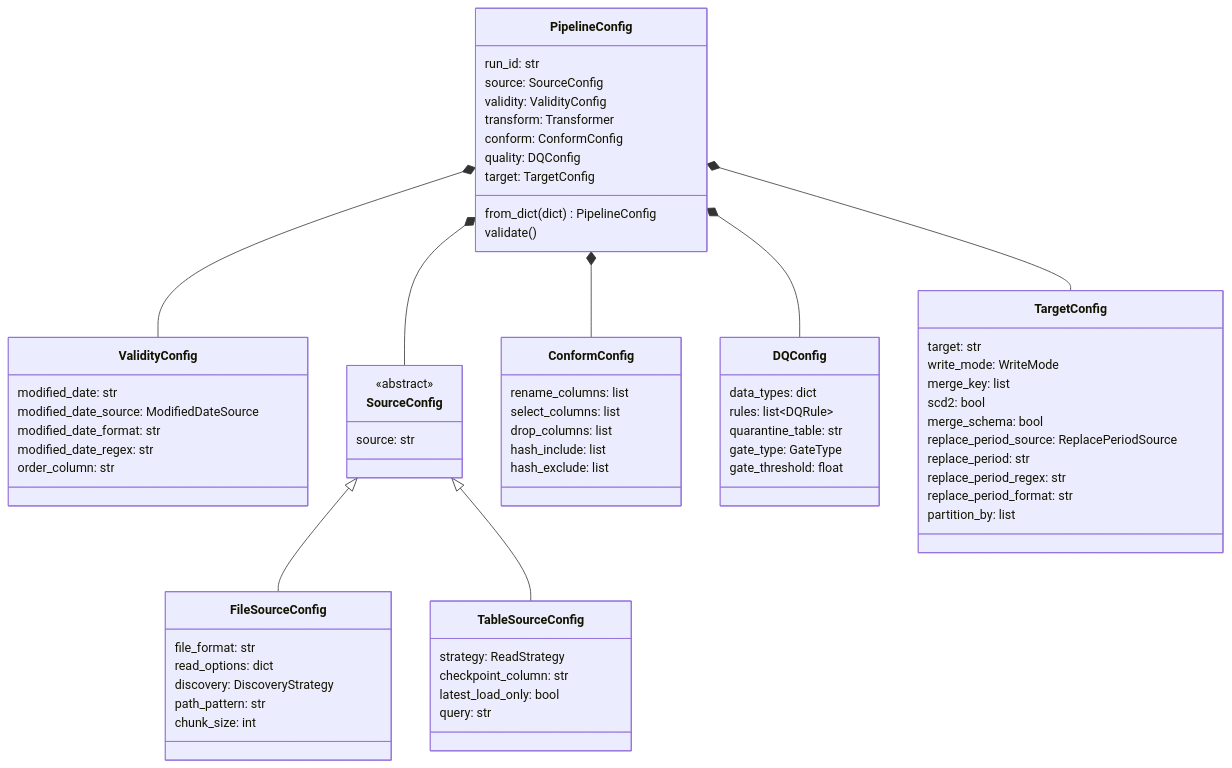
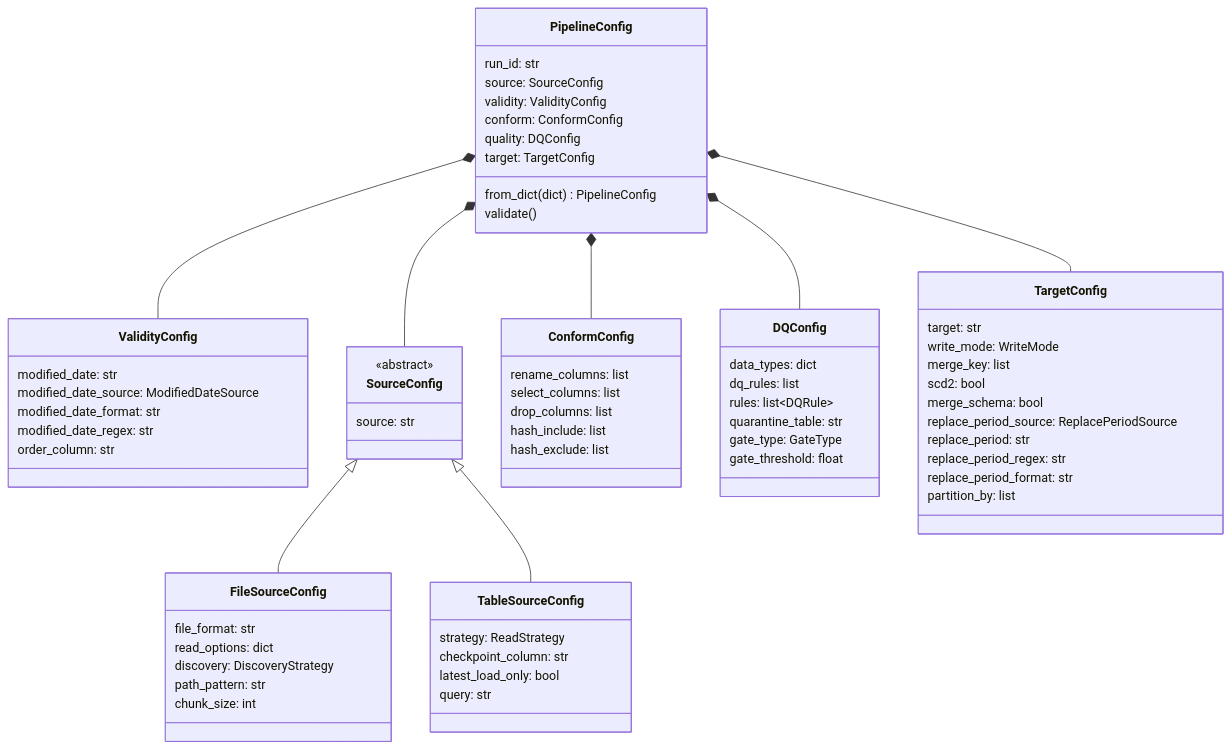
The eighth of 9 diagrams in docs/architecture.md (ltofanelli/data-processing-framework), drawn with Mermaid before and after one commit. The commit also changed other lines of this file and 2 other files, not shown here.

````diff
--- a/docs/architecture.md
+++ b/docs/architecture.md
@@ -917,72 +995,72 @@
 ```mermaid
 classDiagram
     class PipelineConfig {
         run_id: str
         source: SourceConfig
         validity: ValidityConfig
-        transform: Transformer
         conform: ConformConfig
         quality: DQConfig
         target: TargetConfig
         from_dict(dict) PipelineConfig
         validate()
     }
     class ValidityConfig {
         modified_date: str
         modified_date_source: ModifiedDateSource
         modified_date_format: str
         modified_date_regex: str
         order_column: str
     }
     class SourceConfig {
         <<abstract>>
         source: str
     }
     class FileSourceConfig {
         file_format: str
         read_options: dict
         discovery: DiscoveryStrategy
         path_pattern: str
         chunk_size: int
     }
     class TableSourceConfig {
         strategy: ReadStrategy
         checkpoint_column: str
         latest_load_only: bool
         query: str
     }
     class ConformConfig {
         rename_columns: list
         select_columns: list
         drop_columns: list
         hash_include: list
         hash_exclude: list
     }
     class DQConfig {
         data_types: dict
+        dq_rules: list
         rules: list~DQRule~
         quarantine_table: str
         gate_type: GateType
         gate_threshold: float
     }
     class TargetConfig {
         target: str
         write_mode: WriteMode
         merge_key: list
         scd2: bool
         merge_schema: bool
         replace_period_source: ReplacePeriodSource
         replace_period: str
         replace_period_regex: str
         replace_period_format: str
         partition_by: list
     }
 
     PipelineConfig *-- SourceConfig
     PipelineConfig *-- ValidityConfig
     PipelineConfig *-- ConformConfig
     PipelineConfig *-- DQConfig
     PipelineConfig *-- TargetConfig
     SourceConfig <|-- FileSourceConfig
     SourceConfig <|-- TableSourceConfig
 ```
````
